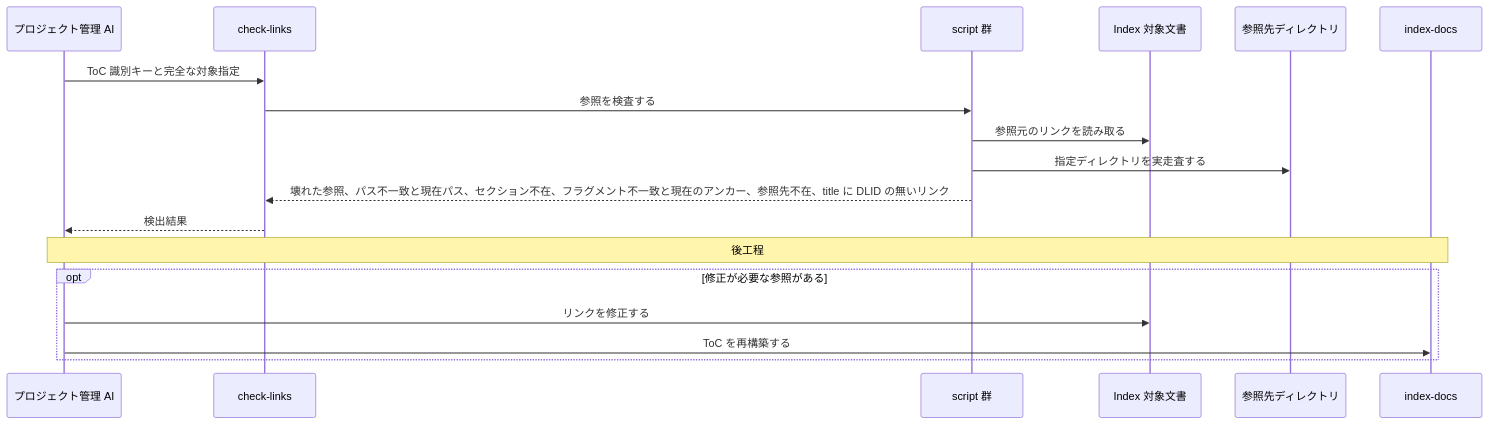
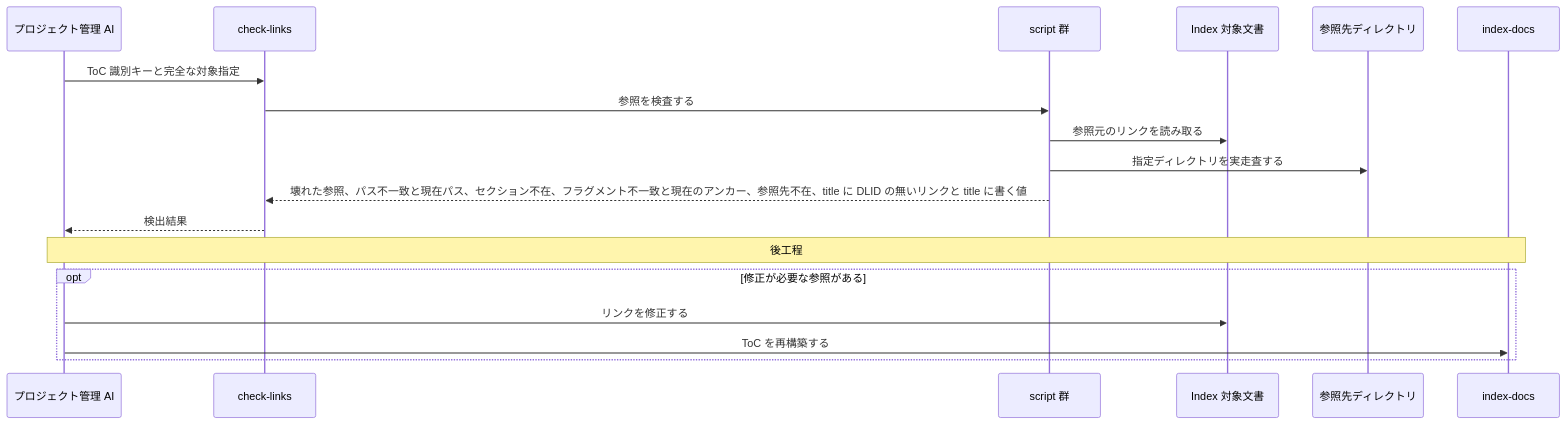
One commit to BlueEventHorizon/doc-link changed the sixth of 9 diagrams in docs/specs/design/DES-010_skill-composition.md. Above: the diagram before and after it, drawn with Mermaid. The commit also changed other lines of this file and 9 other files, not shown here.

````diff
--- a/docs/specs/design/DES-010_skill-composition.md
+++ b/docs/specs/design/DES-010_skill-composition.md
@@ -284,21 +284,21 @@
 ```mermaid
 sequenceDiagram
     participant PM as プロジェクト管理 AI
     participant Skill as check-links
     participant Scripts as script 群
     participant Docs as Index 対象文書
     participant RefDirs as 参照先ディレクトリ
     participant Index as index-docs
 
     PM->>Skill: ToC 識別キーと完全な対象指定
     Skill->>Scripts: 参照を検査する
     Scripts->>Docs: 参照元のリンクを読み取る
     Scripts->>RefDirs: 指定ディレクトリを実走査する
-    Scripts-->>Skill: 壊れた参照、パス不一致と現在パス、セクション不在、フラグメント不一致と現在のアンカー、参照先不在、title に DLID の無いリンク
+    Scripts-->>Skill: 壊れた参照、パス不一致と現在パス、セクション不在、フラグメント不一致と現在のアンカー、参照先不在、title に DLID の無いリンクと title に書く値
     Skill-->>PM: 検出結果
     Note over PM,Index: 後工程
     opt 修正が必要な参照がある
         PM->>Docs: リンクを修正する
         PM->>Index: ToC を再構築する
     end
 ```
````
